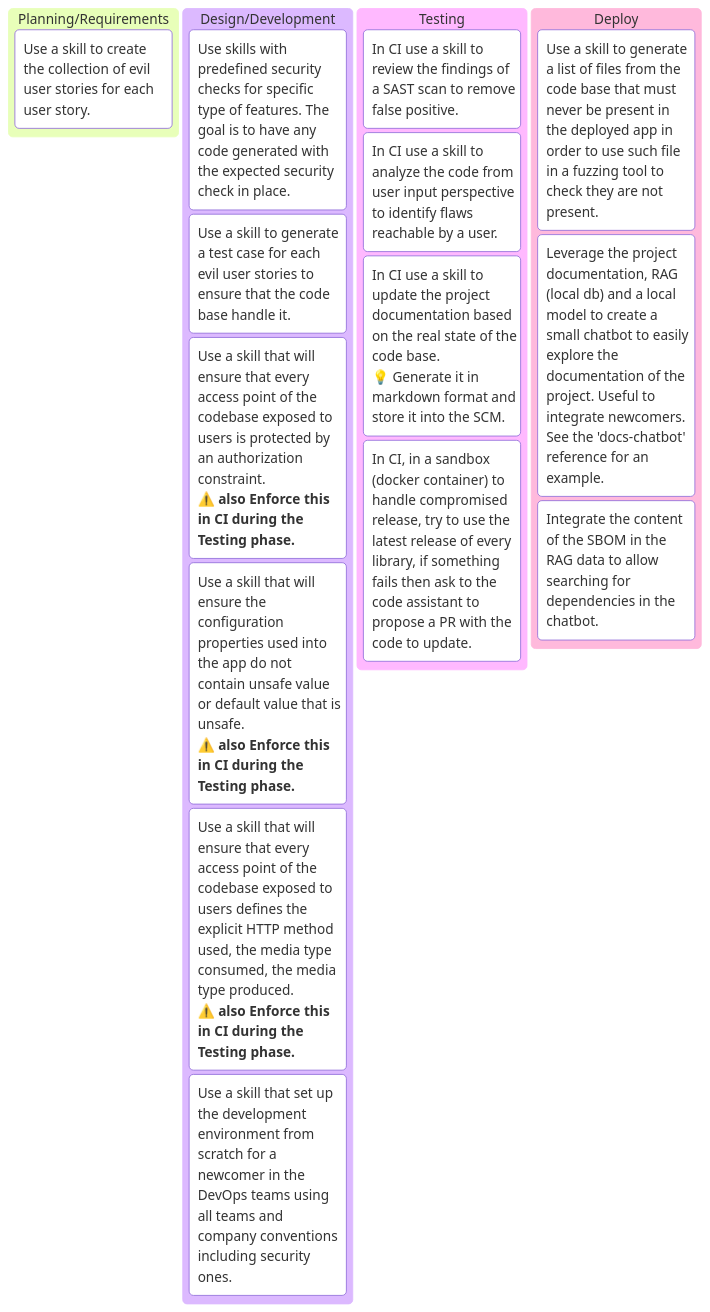
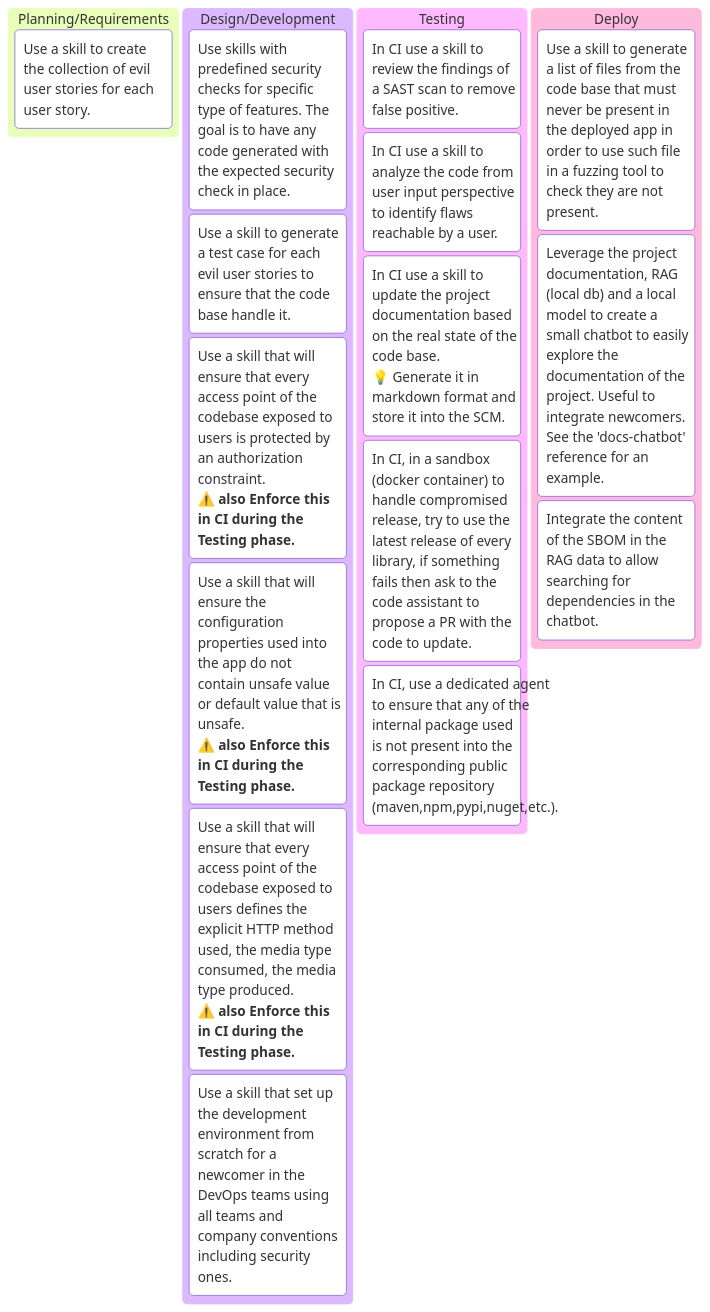
The diagram in poc07/README.md (righettod/poc-llm), drawn with Mermaid before and after one commit.

Commit message:
Fix formatting issues in README.md tasks

````diff
--- a/poc07/README.md
+++ b/poc07/README.md
@@ -16,21 +16,22 @@
 ```mermaid
 kanban
     step00[Planning/Requirements]
         step00-task00["Use a skill to create the collection of evil user stories for each user story."]
     step01[Design/Development]
         step01-task00["Use skills with predefined security checks for specific type of features. The goal is to have any code generated with the expected security check in place."]
         step01-task01["Use a skill to generate a test case for each evil user stories to ensure that the code base handle it."]
         step01-task02["Use a skill that will ensure that every access point of the codebase exposed to users is protected by an authorization constraint.<br/>⚠️ **also Enforce this in CI during the Testing phase.**"] 
         step01-task03["Use a skill that will ensure the configuration properties used into the app do not contain unsafe value or default value that is unsafe.<br/>⚠️ **also Enforce this in CI during the Testing phase.**"]       
-        step01-task04["Use a skill that will ensure that every access point of the codebase exposed to users defines the explicit HTTP method used, the media type consumed, the media type produced.<br/>⚠️ **also Enforce this in CI during the Testing phase.**"]                  
+        step01-task04["Use a skill that will ensure that every access point of the codebase exposed to users defines the explicit HTTP method used, the media type consumed, the media type produced.<br/>⚠️ **also Enforce this in CI during the Testing phase.**"]
         step01-task05["Use a skill that set up the development environment from scratch for a newcomer in the DevOps teams using all teams and company conventions including security ones."]                          
     step02[Testing]    
         step02-task00["In CI use a skill to review the findings of a SAST scan to remove false positive."]
         step02-task01["In CI use a skill to analyze the code from user input perspective to identify flaws reachable by a user."]
         step02-task02["In CI use a skill to update the project documentation based on the real state of the code base.<br/>💡 Generate it in markdown format and store it into the SCM."]     
-        step02-task03["In CI, in a sandbox (docker container) to handle compromised release, try to use the latest release of every library, if something fails then ask to the code assistant to propose a PR with the code to update."]     
+        step02-task03["In CI, in a sandbox (docker container) to handle compromised release, try to use the latest release of every library, if something fails then ask to the code assistant to propose a PR with the code to update."]
+        step02-task04["In CI, use a dedicated agent to ensure that any of the internal package used<br/>is not present into the corresponding public package repository<br/>(maven,npm,pypi,nuget,etc.)."]
     step03[Deploy]              
         step03-task00["Use a skill to generate a list of files from the code base that must never be present in the deployed app in order to use such file in a fuzzing tool to check they are not present."]
         step03-task01["Leverage the project documentation, RAG (local db) and a local model to create a small chatbot to easily explore the documentation of the project. Useful to integrate newcomers. See the 'docs-chatbot' reference for an example."]        
         step03-task02["Integrate the content of the SBOM in the RAG data to allow searching for dependencies in the chatbot."]                
 ```
````
